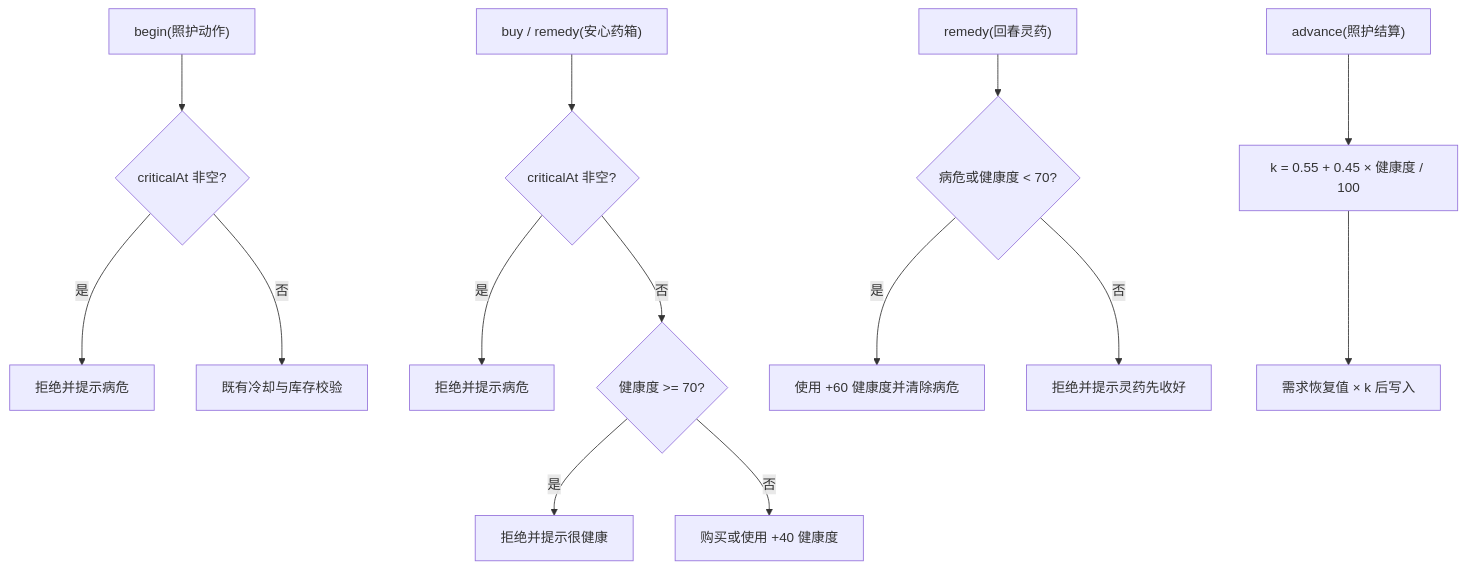
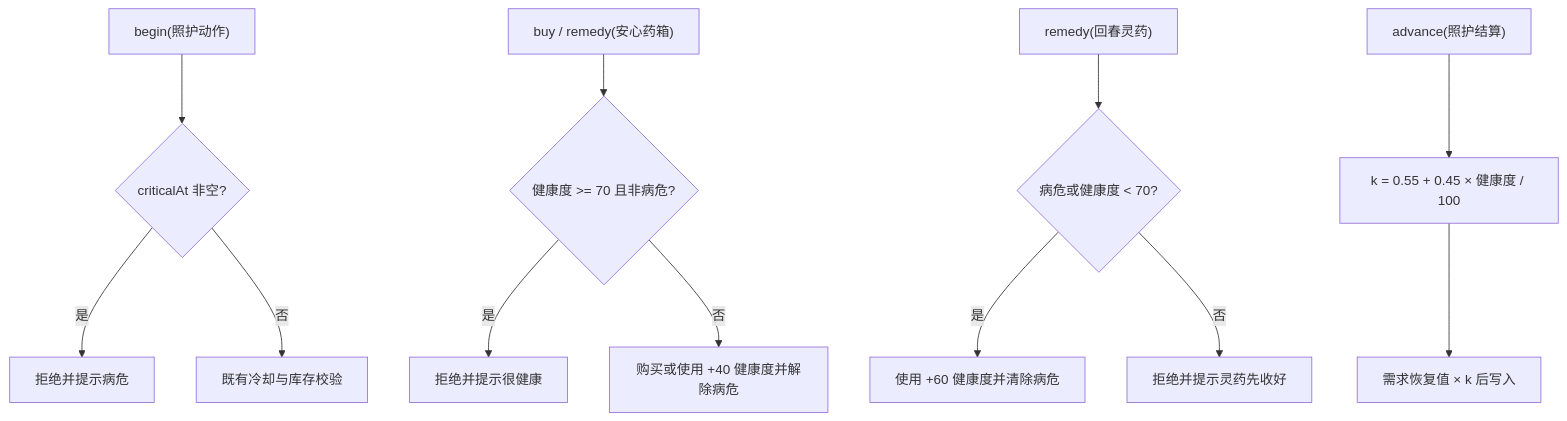
The diagram in .monkeycode/specs/critical-lock-health-yield/design.md (babydu/yaya-grow-up-Webgame), drawn with Mermaid before and after one commit. The commit also changed other lines of this file and 7 other files, not shown here.

````diff
--- a/.monkeycode/specs/critical-lock-health-yield/design.md
+++ b/.monkeycode/specs/critical-lock-health-yield/design.md
@@ -12,16 +12,14 @@
 ```mermaid
 flowchart TD
   A["begin(照护动作)"] --> B{"criticalAt 非空?"}
   B -->|是| C["拒绝并提示病危"]
   B -->|否| D["既有冷却与库存校验"]
-  E["buy / remedy(安心药箱)"] --> F{"criticalAt 非空?"}
-  F -->|是| G["拒绝并提示病危"]
-  F -->|否| H{"健康度 >= 70?"}
-  H -->|是| I["拒绝并提示很健康"]
-  H -->|否| J["购买或使用 +40 健康度"]
+  E["buy / remedy(安心药箱)"] --> F{"健康度 >= 70 且非病危?"}
+  F -->|是| G["拒绝并提示很健康"]
+  F -->|否| H["购买或使用 +40 健康度并解除病危"]
   K["remedy(回春灵药)"] --> L{"病危或健康度 < 70?"}
   L -->|是| M["使用 +60 健康度并清除病危"]
   L -->|否| N["拒绝并提示灵药先收好"]
   O["advance(照护结算)"] --> P["k = 0.55 + 0.45 × 健康度 / 100"]
   P --> Q["需求恢复值 × k 后写入"]
 ```
````
